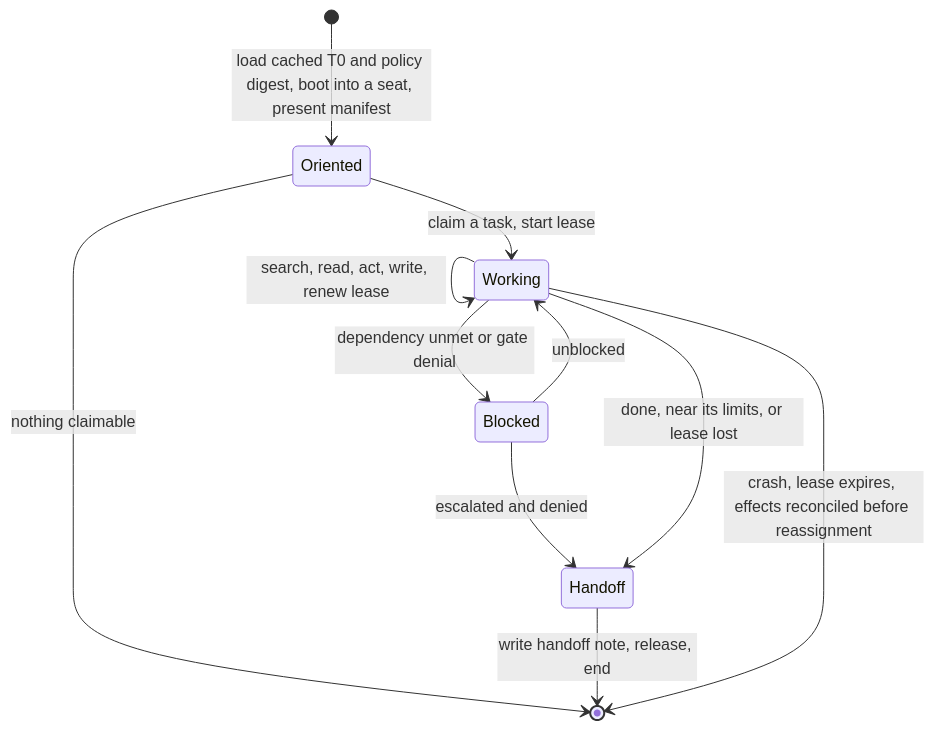
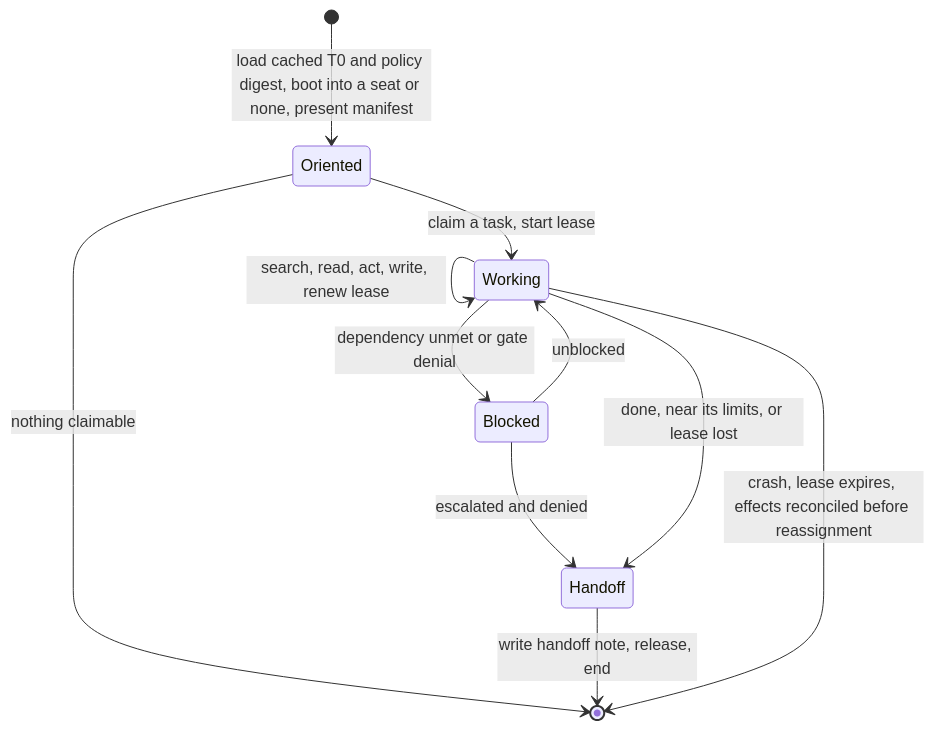
Before and after one commit to apache/tooling-memory: the sixth of 7 diagrams in docs/durable-memory-for-disposable-agents.md, drawn with Mermaid. The commit also changed other lines of this file and 1 other file, not shown here.

````diff
--- a/docs/durable-memory-for-disposable-agents.md
+++ b/docs/durable-memory-for-disposable-agents.md
@@ -730,13 +731,13 @@
 ```mermaid
 stateDiagram-v2
-    [*] --> Oriented: load cached T0 and policy digest, boot into a seat, present manifest
+    [*] --> Oriented: load cached T0 and policy digest, boot into a seat or none, present manifest
     Oriented --> Working: claim a task, start lease
     Oriented --> [*]: nothing claimable
     Working --> Working: search, read, act, write, renew lease
     Working --> Blocked: dependency unmet or gate denial
     Blocked --> Working: unblocked
     Blocked --> Handoff: escalated and denied
     Working --> Handoff: done, near its limits, or lease lost
     Handoff --> [*]: write handoff note, release, end
     Working --> [*]: crash, lease expires, effects reconciled before reassignment
 ```
````
